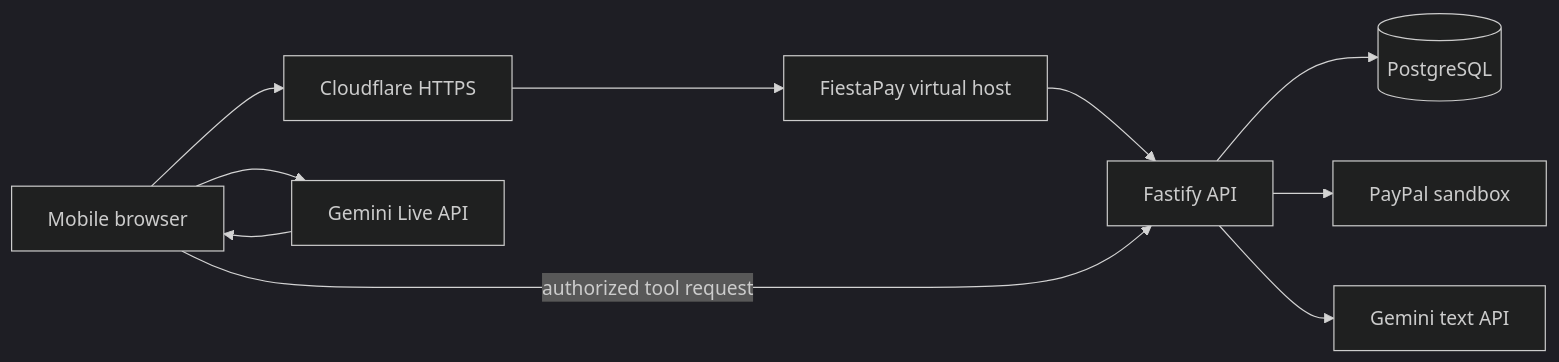
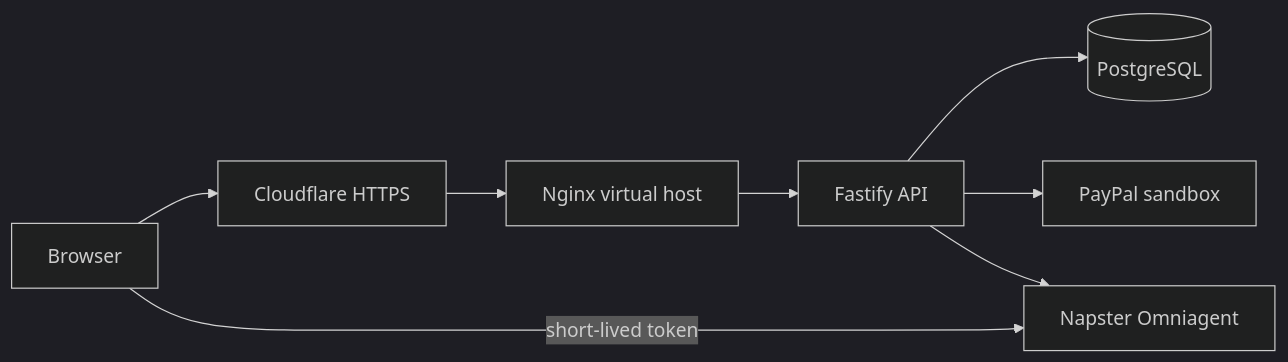
Before and after one commit to jlmawyin/fiestapay: the diagram in docs/ARCHITECTURE.md, drawn with Mermaid (dark theme). The commit also changed other lines of this file and 79 other files, not shown here.

First line of the commit message:
feat(napster): NAP-F5a retira Gemini, OpenAI y AssemblyAI del servidor

````diff
--- a/docs/ARCHITECTURE.md
+++ b/docs/ARCHITECTURE.md
@@ -5,12 +5,10 @@
 ```mermaid
 flowchart LR
-  Browser[Mobile browser] --> CF[Cloudflare HTTPS]
-  CF --> Nginx[FiestaPay virtual host]
+  Browser[Browser] --> CF[Cloudflare HTTPS]
+  CF --> Nginx[Nginx virtual host]
   Nginx --> API[Fastify API]
   API --> DB[(PostgreSQL)]
   API --> PayPal[PayPal sandbox]
-  API --> LLM[Gemini text API]
-  Browser --> Voice[Gemini Live API]
-  Voice --> Browser
-  Browser -->|authorized tool request| API
+  API --> Napster[Napster Omniagent]
+  Browser -->|short-lived token| Napster
 ```
````
